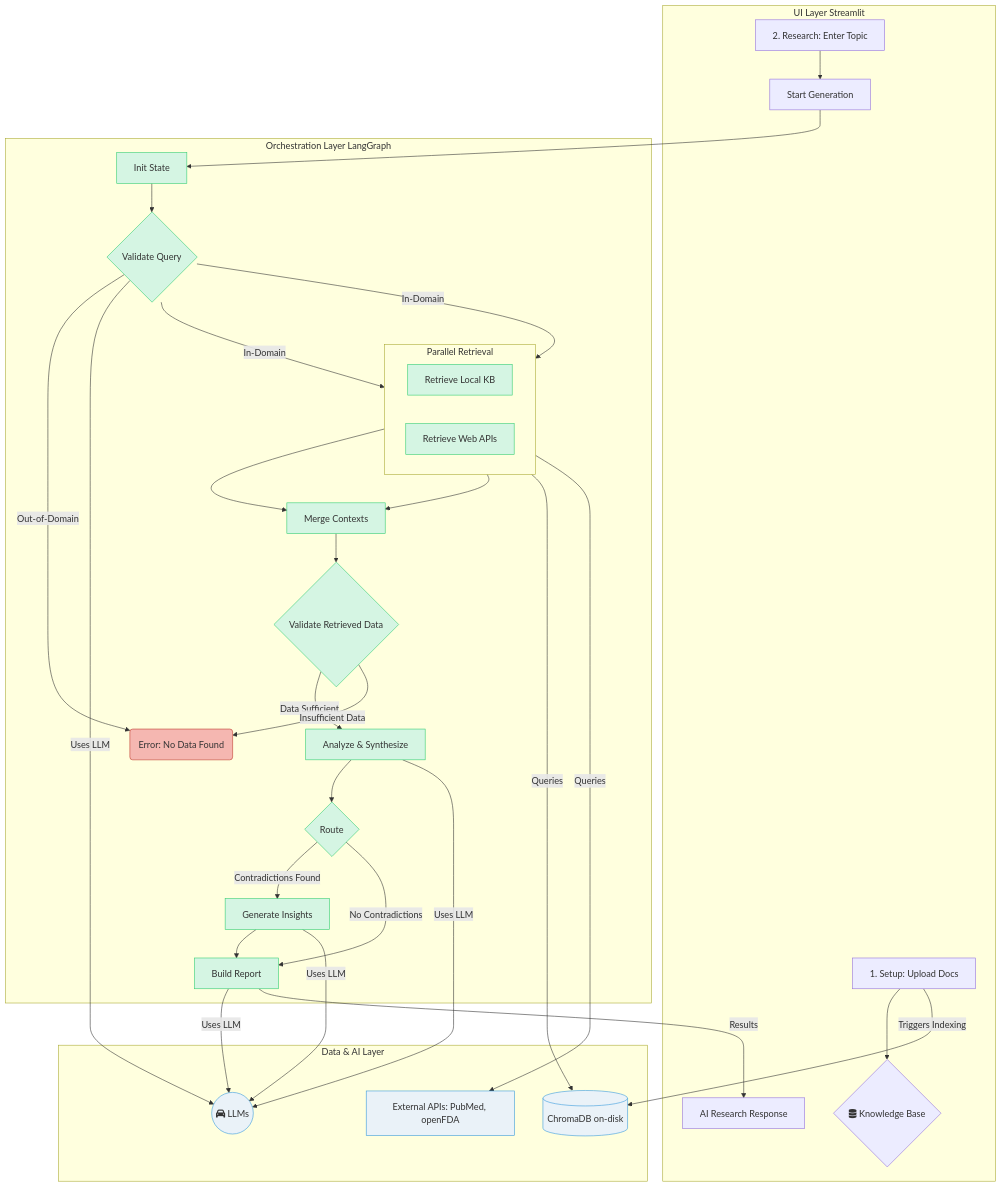
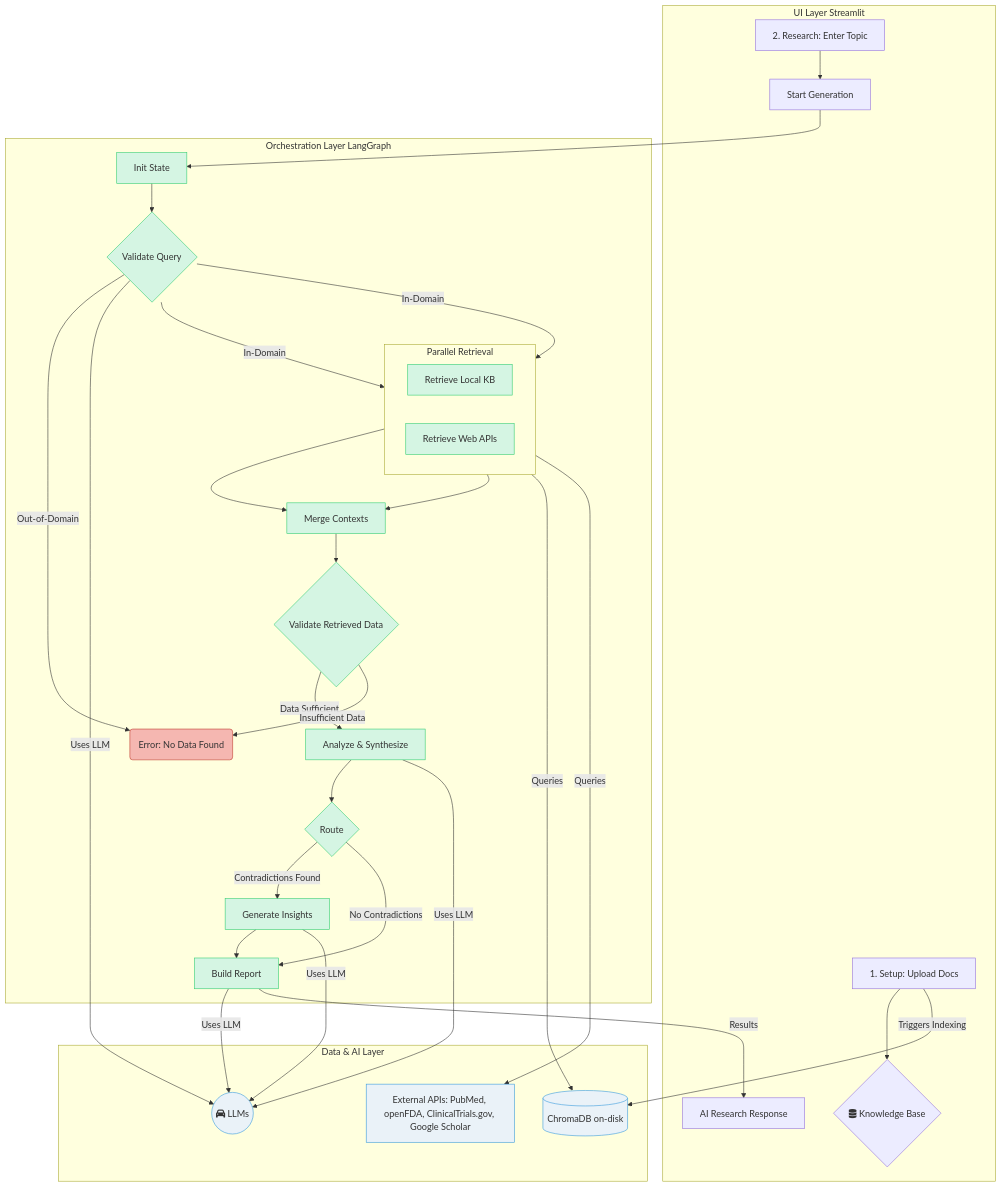
The diagram in docs/project-docs/architecture-mvp.md (neelavar/AI-Accelerator-C2-Hackathon-Group-3), drawn with Mermaid before and after one commit. The commit also changed other lines of this file and 2 other files, not shown here.

Commit message:
docs: update architecture, project structure based on final PRD add technical design draft

````diff
--- a/docs/project-docs/architecture-mvp.md
+++ b/docs/project-docs/architecture-mvp.md
@@ -34,60 +34,60 @@
 ```mermaid
 graph TD
     subgraph UI Layer Streamlit
         A[1. Setup: Upload Docs] --> B{fa:fa-database Knowledge Base};
         C[2. Research: Enter Topic] --> D[Start Generation];
         Q[AI Research Response]
     end
 
     subgraph Orchestration Layer LangGraph
         D --> E[Init State];
         E --> F{Validate Query};
         F -- In-Domain --> G1[Retrieve Local KB];
         F -- In-Domain --> G2[Retrieve Web APIs];
         F -- Out-of-Domain --> Z(Error: Invalid Topic);
         
         subgraph Parallel Retrieval
             direction LR
             G1
             G2
         end
 
         G1 --> H[Merge Contexts];
         G2 --> H;
         
         H --> I{Validate Retrieved Data};
         I -- Data Sufficient --> J[Analyze & Synthesize];
         I -- Insufficient Data --> Z(Error: No Data Found);
 
         J --> K{Route};
         K -- Contradictions Found --> L[Generate Insights];
         K -- No Contradictions --> M[Build Report];
         L --> M;
     end
 
     subgraph Data & AI Layer
         N((fa:fa-car LLMs));
         O[(ChromaDB on-disk)];
-        P[External APIs: PubMed, openFDA];
+        P[External APIs: PubMed, openFDA, ClinicalTrials.gov, Google Scholar];
     end
 
     %% --- Connections ---
     A -- Triggers Indexing --> O;
     F -- Uses LLM --> N;
     G1 -- Queries --> O;
     G2 -- Queries --> P;
     J -- Uses LLM --> N;
     L -- Uses LLM --> N;
     M -- Uses LLM --> N;
     M -- Results --> Q;
 
 %% -- Notes --
 classDef state fill:#d5f5e3,stroke:#2ecc71;
 class E,F,G1,G2,H,I,J,K,L,M state;
 
 classDef error fill:#f5b7b1,stroke:#c0392b;
 class Z error;
 
 classDef data fill:#eaf2f8,stroke:#3498db;
 class N,O,P data;
 ```
````
